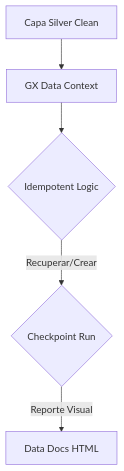
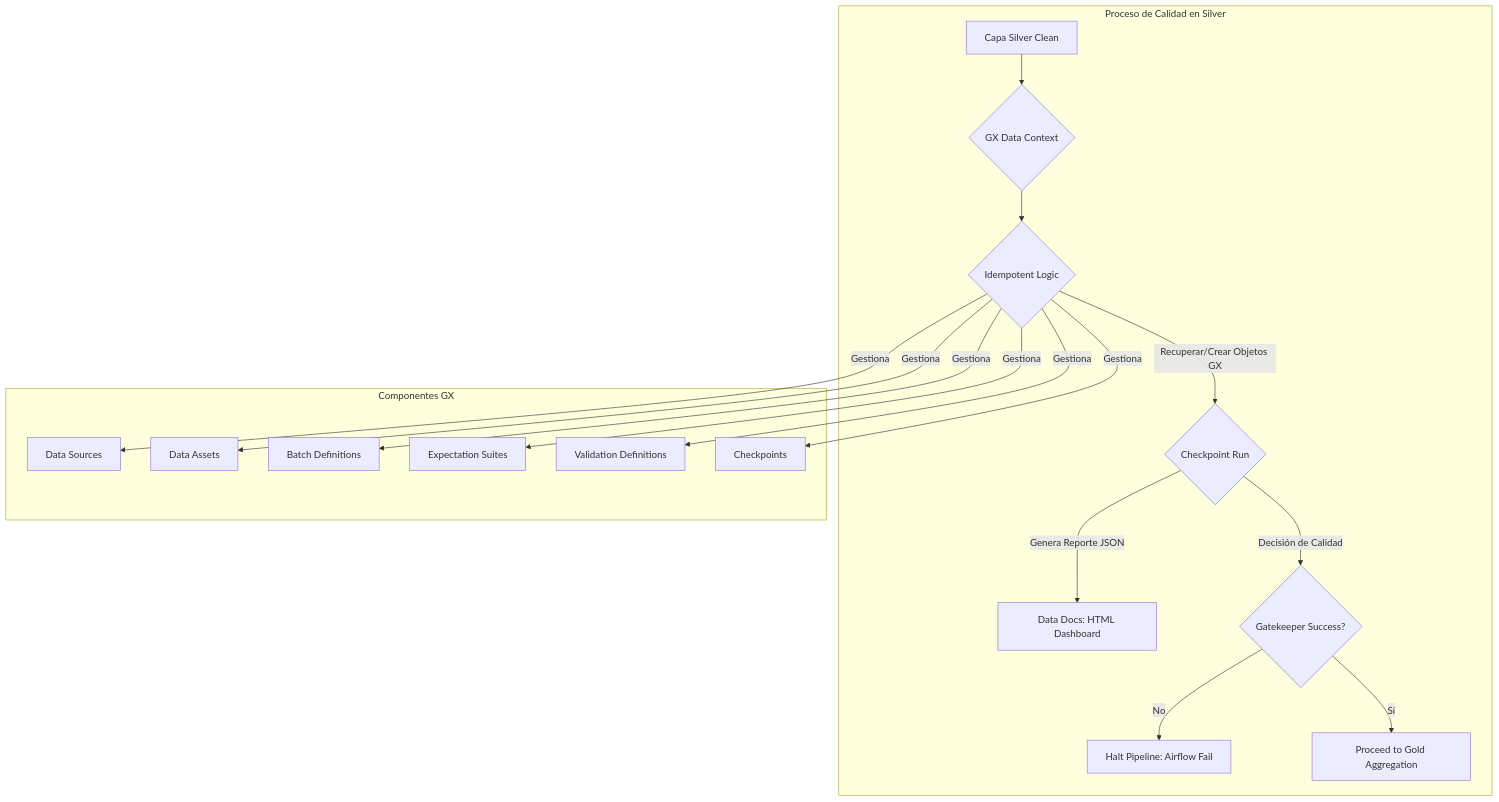
The first of 2 diagrams in DESAFIOS_Y_SOLUCIONES.md (CarlosRivasplata/retailnova-lakehouse), drawn with Mermaid before and after one commit. The commit also changed other lines of this file and 10 other files, not shown here.

````diff
--- a/DESAFIOS_Y_SOLUCIONES.md
+++ b/DESAFIOS_Y_SOLUCIONES.md
@@ -35,7 +61,28 @@
 ```mermaid
 flowchart TD
-    A[Capa Silver Clean] --> B[GX Data Context]
-    B --> C{Idempotent Logic}
-    C -->|Recuperar/Crear| D{Checkpoint Run}
-    D -->|Reporte Visual| E[Data Docs HTML]
+    subgraph "Proceso de Calidad en Silver"
+        A[Capa Silver Clean] --> B{GX Data Context}
+        B --> C{Idempotent Logic}
+        C -->|Recuperar/Crear Objetos GX| D{Checkpoint Run}
+        D -->|Genera Reporte JSON| E[Data Docs: HTML Dashboard]
+        D -->|Decisión de Calidad| F{Gatekeeper Success?}
+        F -->|No| G[Halt Pipeline: Airflow Fail]
+        F -->|Sí| H[Proceed to Gold Aggregation]
+    end
+    
+    subgraph "Componentes GX"
+        I[Data Sources]
+        J[Data Assets]
+        K[Batch Definitions]
+        L[Expectation Suites]
+        M[Validation Definitions]
+        N[Checkpoints]
+    end
+    
+    C -- Gestiona --> I
+    C -- Gestiona --> J
+    C -- Gestiona --> K
+    C -- Gestiona --> L
+    C -- Gestiona --> M
+    C -- Gestiona --> N
 ```
````
